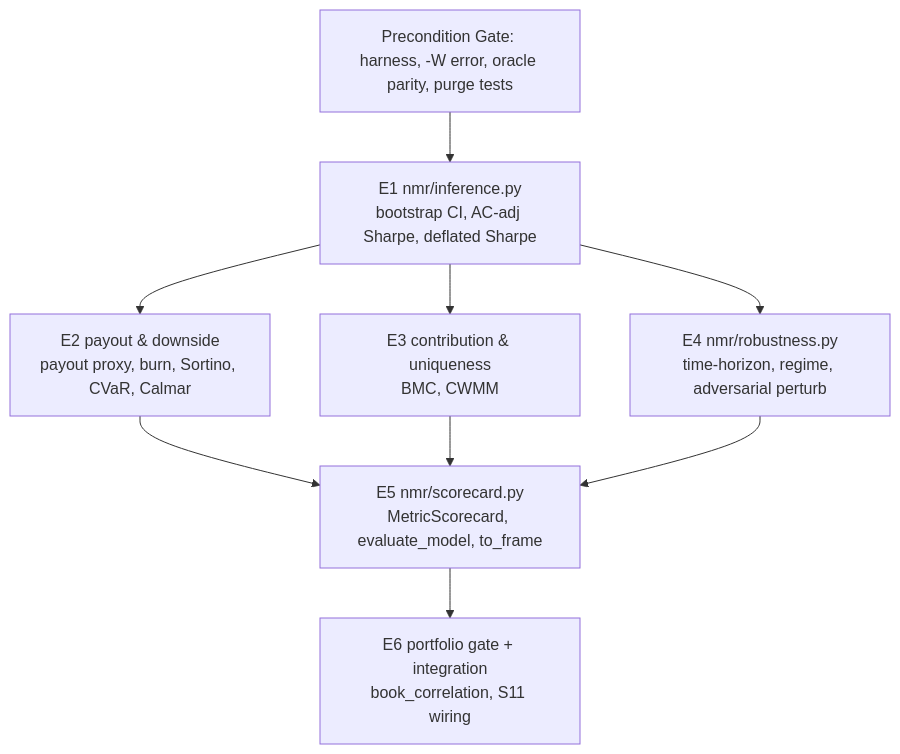
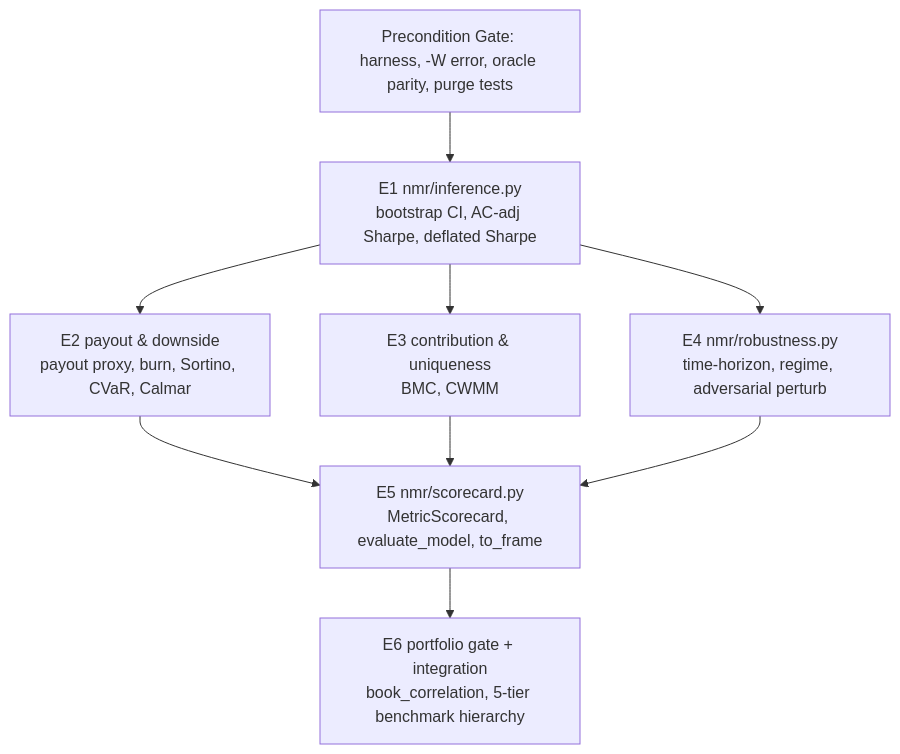
Before and after one commit to Paris778/numer-AI-refactored: the diagram in docs/06-evaluation/evaluation-suite-bible.md, drawn with Mermaid. The commit also changed other lines of this file and 25 other files, not shown here.

First line of the commit message:
docs: SSOT updates for the 5-tier benchmark hierarchy + evidence re-pins + stale benchmark removal

````diff
--- a/docs/06-evaluation/evaluation-suite-bible.md
+++ b/docs/06-evaluation/evaluation-suite-bible.md
@@ -60,19 +60,19 @@
 ```mermaid
 graph TD
     HARNESS[Precondition Gate: harness, -W error, oracle parity, purge tests]
     E1[E1 nmr/inference.py<br/>bootstrap CI, AC-adj Sharpe, deflated Sharpe]
     E2[E2 payout & downside<br/>payout proxy, burn, Sortino, CVaR, Calmar]
     E3[E3 contribution & uniqueness<br/>BMC, CWMM]
     E4[E4 nmr/robustness.py<br/>time-horizon, regime, adversarial perturb]
     E5[E5 nmr/scorecard.py<br/>MetricScorecard, evaluate_model, to_frame]
-    E6[E6 portfolio gate + integration<br/>book_correlation, S11 wiring]
+    E6[E6 portfolio gate + integration<br/>book_correlation, 5-tier benchmark hierarchy]
 
     HARNESS --> E1
     E1 --> E2
     E1 --> E4
     E1 --> E3
     E2 --> E5
     E3 --> E5
     E4 --> E5
     E5 --> E6
 ```
````
